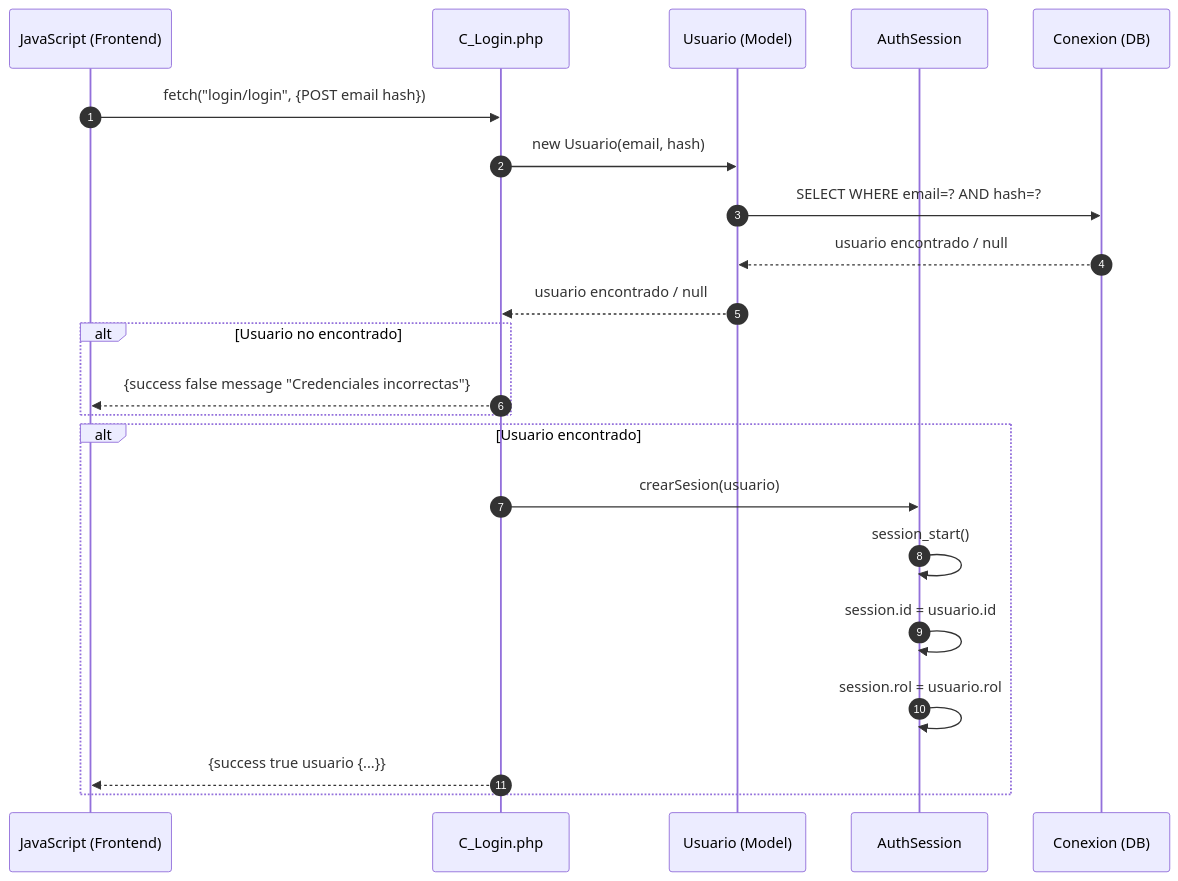
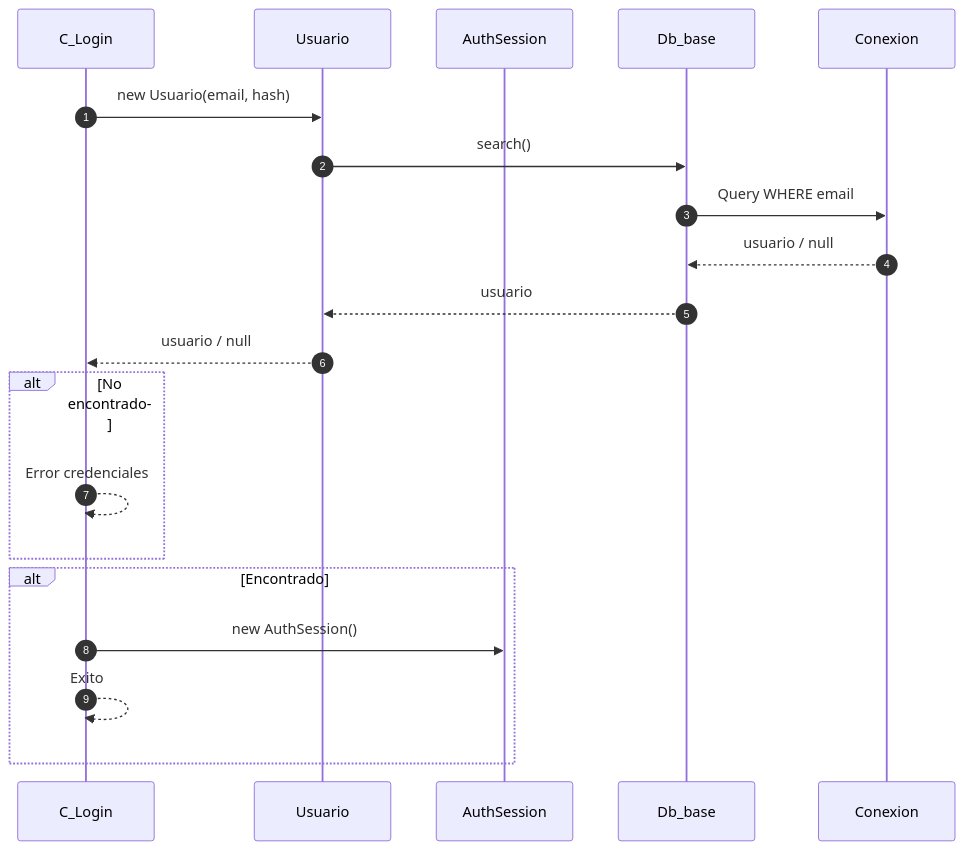
Before and after one commit to Tecrato/BurgerHouse: the fifth of 6 diagrams in docs/secuencia/usuarios/usuarios.md, drawn with Mermaid. The commit also changed other lines of this file and 13 other files, not shown here.

First line of the commit message:
diagramas actualizaos

````diff
--- a/docs/secuencia/usuarios/usuarios.md
+++ b/docs/secuencia/usuarios/usuarios.md
@@ -110,29 +189,25 @@
 ```mermaid
 sequenceDiagram
     autonumber
-    participant JS as JavaScript (Frontend)
-    participant C_Login as C_Login.php
-    participant Usuario as Usuario (Model)
-    participant Auth as AuthSession
-    participant DB as Conexion (DB)
-    
-    JS->>C_Login: fetch("login/login", {POST email hash})
+    participant C_Login as C_Login
+    participant Usuario as Usuario
+    participant AuthSession as AuthSession
+    participant Db_base as Db_base
+    participant Conexion as Conexion
     
     C_Login->>Usuario: new Usuario(email, hash)
-    Usuario->>DB: SELECT WHERE email=? AND hash=?
-    DB-->>Usuario: usuario encontrado / null
-    Usuario-->>C_Login: usuario encontrado / null
-
-    alt Usuario no encontrado
-        C_Login-->>JS: {success false message "Credenciales incorrectas"}
+    Usuario->>Db_base: search()
+    Db_base->>Conexion: Query WHERE email
+    Conexion-->>Db_base: usuario / null
+    Db_base-->>Usuario: usuario
+    Usuario-->>C_Login: usuario / null
+    
+    alt No encontrado
+        C_Login-->>C_Login: Error credenciales
     end
     
-    alt Usuario encontrado
-        C_Login->>Auth: crearSesion(usuario)
-        Auth->>Auth: session_start()
-        Auth->>Auth: session.id = usuario.id
-        Auth->>Auth: session.rol = usuario.rol
-        
-        C_Login-->>JS: {success true usuario {...}}
+    alt Encontrado
+        C_Login->>AuthSession: new AuthSession()
+        C_Login-->>C_Login: Exito
     end
 ```
````
